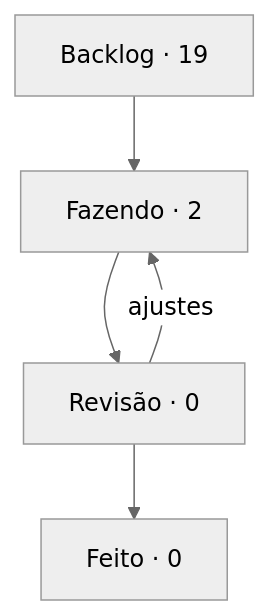
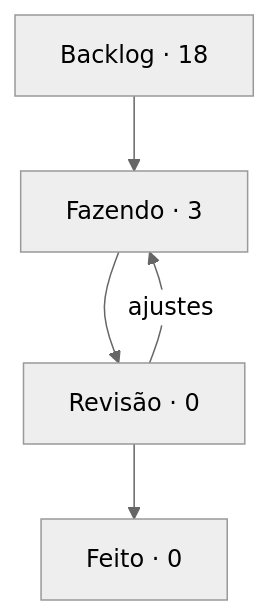
Before and after one commit to StudioVibi/VibiKanban: the diagram in boards/dungeon-bend/BOARD.md, drawn with Mermaid (neutral theme). The commit also changed other lines of this file and 1 other file, not shown here.

Commit message:
board: DB-22 Backlog → Fazendo (@ilymeiib)

````diff
--- a/boards/dungeon-bend/BOARD.md
+++ b/boards/dungeon-bend/BOARD.md
@@ -5,10 +5,10 @@
 ```mermaid
 flowchart TD
-  backlog["Backlog · 19"] --> doing["Fazendo · 2"]
+  backlog["Backlog · 18"] --> doing["Fazendo · 3"]
   doing --> review["Revisão · 0"]
   review --> done["Feito · 0"]
   review -->|ajustes| doing
   doing:::blue
   review:::yellow
   done:::green
 ```
````
